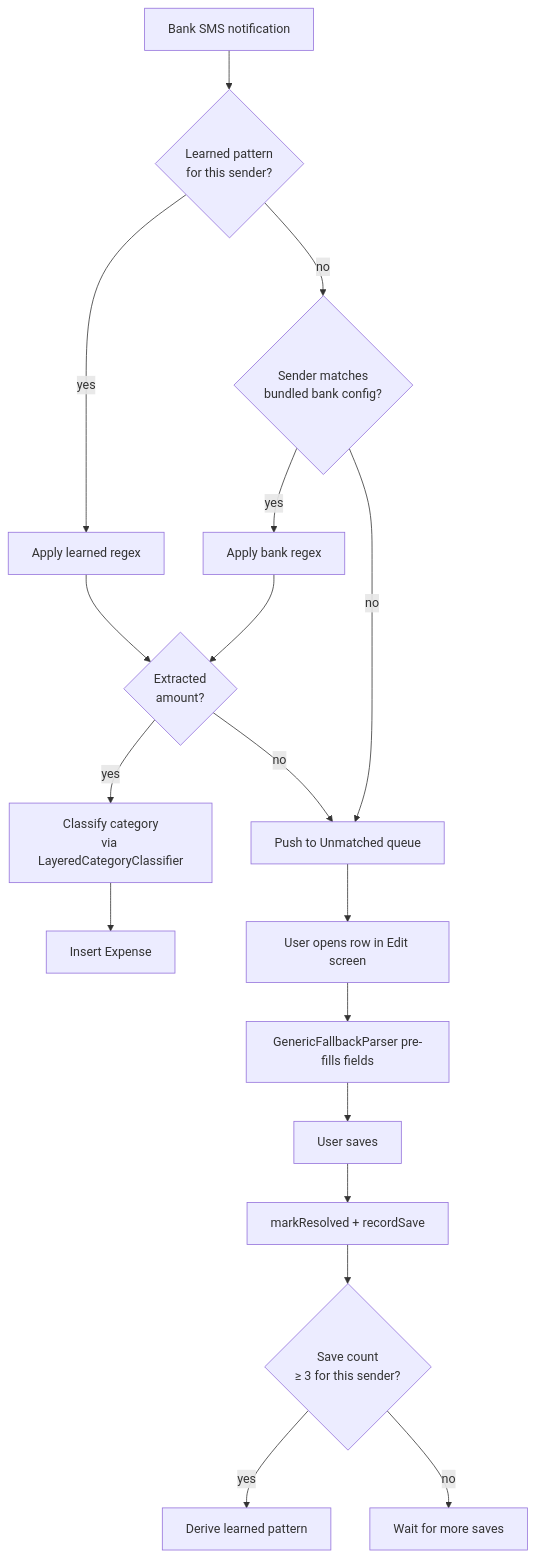
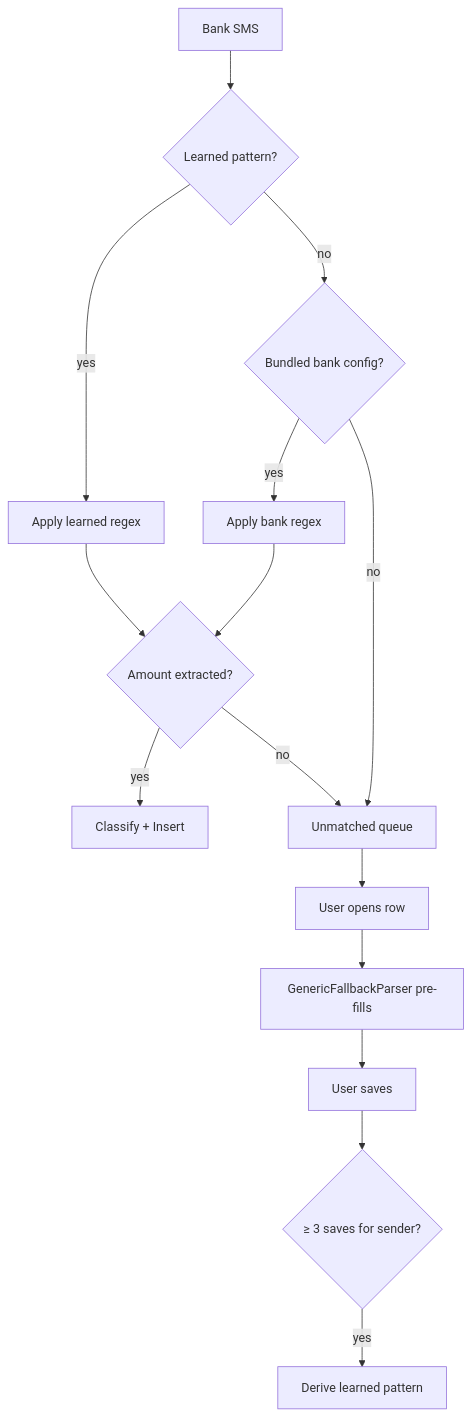
The second of 2 diagrams in README.md (Sokhib/XpensTracker-Wiki), drawn with Mermaid before and after one commit. The commit also changed other lines of this file and 1 other file, not shown here.

````diff
--- a/README.md
+++ b/README.md
@@ -162,22 +103,14 @@
 ```mermaid
 flowchart TD
-    A[Bank SMS notification] --> B{Learned pattern<br/>for this sender?}
+    A[Bank SMS] --> B{Learned pattern?}
     B -- yes --> C[Apply learned regex]
-    B -- no --> D{Sender matches<br/>bundled bank config?}
+    B -- no --> D{Bundled bank config?}
     D -- yes --> E[Apply bank regex]
-    D -- no --> F[Push to Unmatched queue]
-
-    C --> G{Extracted<br/>amount?}
-    E --> G
-    G -- yes --> H[Classify category<br/>via LayeredCategoryClassifier]
+    D -- no --> F[Unmatched queue]
+    C & E --> G{Amount extracted?}
+    G -- yes --> H[Classify + Insert]
     G -- no --> F
-
-    H --> I[Insert Expense]
-    F --> J[User opens row in Edit screen]
-    J --> K[GenericFallbackParser pre-fills fields]
-    K --> L[User saves]
-    L --> M[markResolved + recordSave]
-    M --> N{Save count<br/>≥ 3 for this sender?}
-    N -- yes --> O[Derive learned pattern]
-    N -- no --> P[Wait for more saves]
+    F --> J[User opens row] --> K[GenericFallbackParser pre-fills] --> L[User saves]
+    L --> M{≥ 3 saves for sender?}
+    M -- yes --> N[Derive learned pattern]
 ```
````
